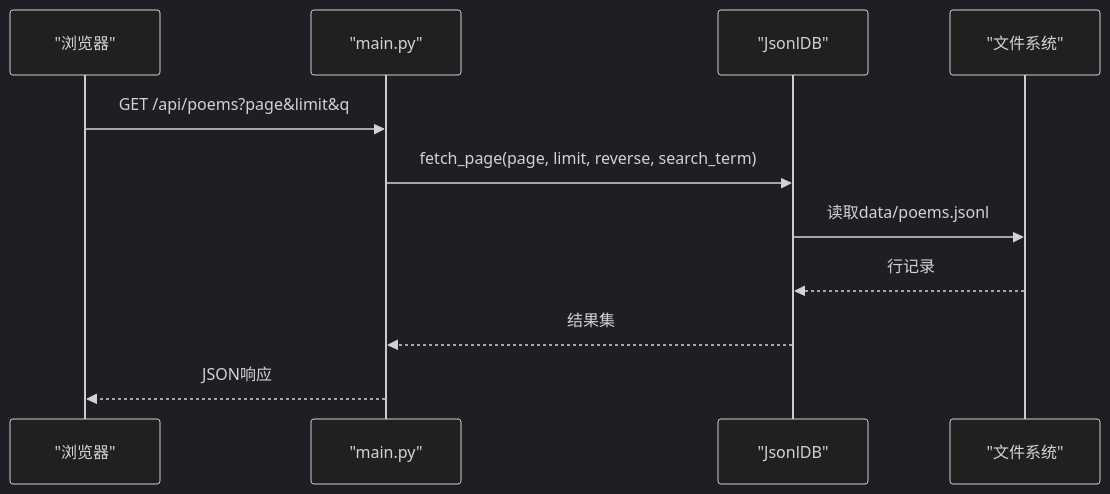
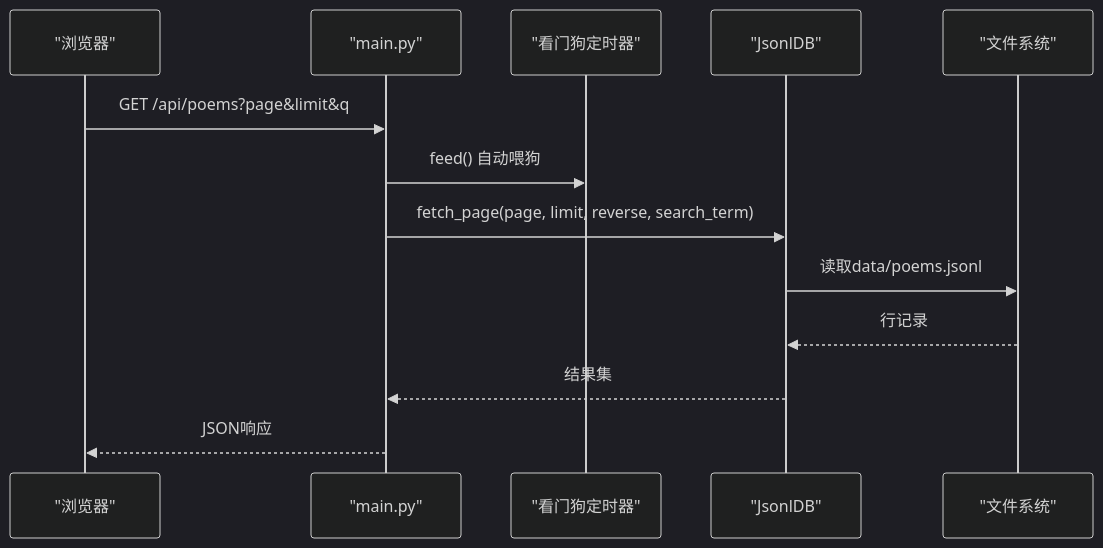
One commit to qq20739111/weilushishe-lishitai changed the eighth of 9 diagrams in .qoder/repowiki/zh/content/故障排除/故障排除.md. Above: the diagram before and after it, drawn with Mermaid (dark theme). The commit also changed other lines of this file and 23 other files, not shown here.

````diff
--- a/.qoder/repowiki/zh/content/故障排除/故障排除.md
+++ b/.qoder/repowiki/zh/content/故障排除/故障排除.md
@@ -216,13 +289,15 @@
 ```mermaid
 sequenceDiagram
 participant Client as "浏览器"
 participant Main as "main.py"
+participant Watchdog as "看门狗定时器"
 participant DB as "JsonlDB"
 participant FS as "文件系统"
 Client->>Main : GET /api/poems?page&limit&q
+Main->>Watchdog : feed() 自动喂狗
 Main->>DB : fetch_page(page, limit, reverse, search_term)
 DB->>FS : 读取data/poems.jsonl
 FS-->>DB : 行记录
 DB-->>Main : 结果集
 Main-->>Client : JSON响应
 ```
````
